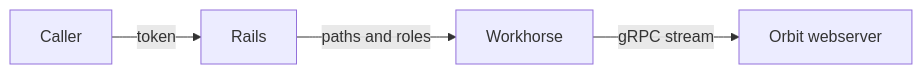
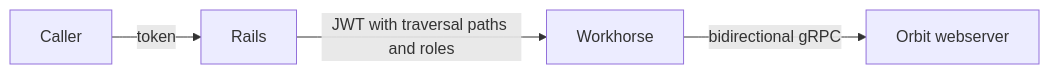
Before and after one commit to gitlabhq/orbit-knowledge-graph: the second of 6 diagrams in docs/pages/engineering/architecture/querying.md, drawn with Mermaid. The commit also changed other lines of this file and 2 other files, not shown here.

Commit message:
docs(architecture): tighten the querying pages and add the engine walkthrough

````diff
--- a/docs/pages/engineering/architecture/querying.md
+++ b/docs/pages/engineering/architecture/querying.md
@@ -46,6 +45,6 @@
 ```mermaid
 flowchart LR
     Caller -- token --> Rails
-    Rails -- paths and roles --> Workhorse
-    Workhorse -- gRPC stream --> Webserver[Orbit webserver]
+    Rails -- JWT with traversal paths and roles --> Workhorse
+    Workhorse -- bidirectional gRPC --> Webserver[Orbit webserver]
 ```
````
